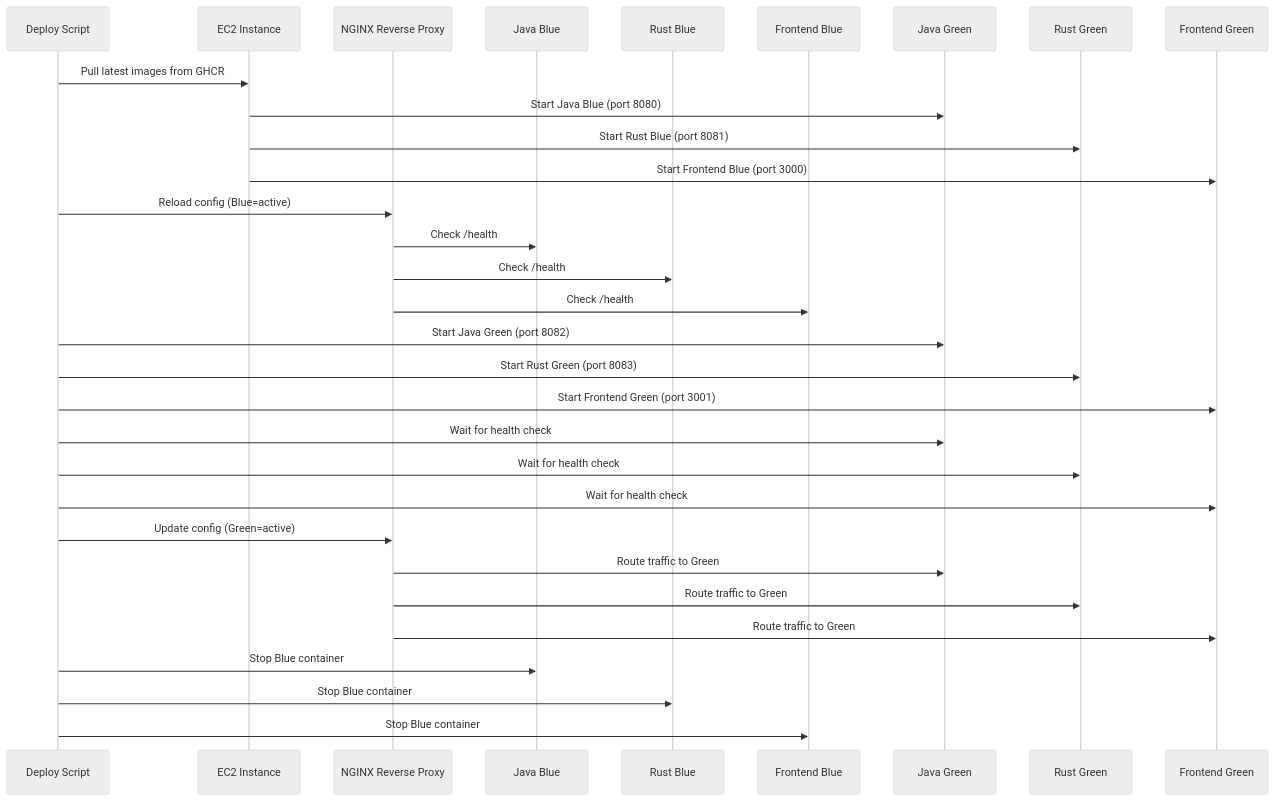
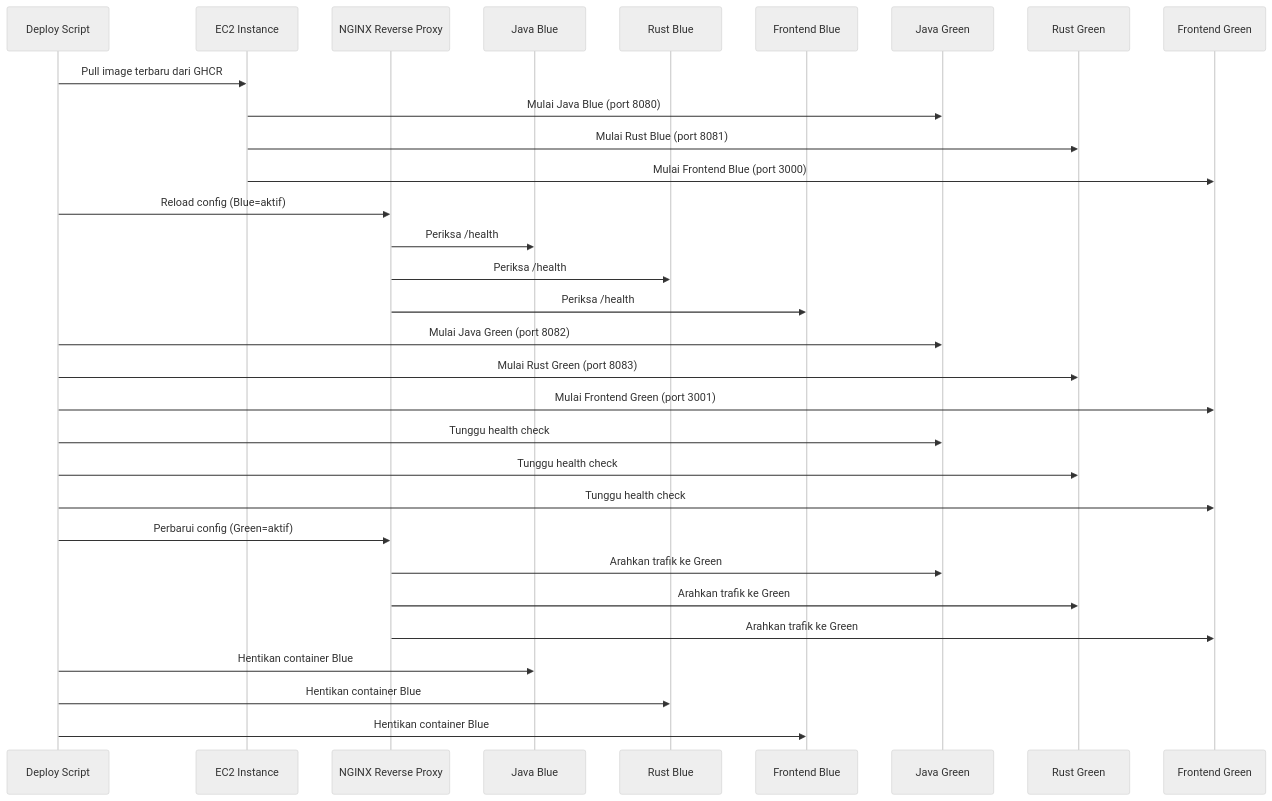
One commit to advprog-2026-A14-project/yomu-docs changed the first of 2 diagrams in content/docs/architecture/deployment.mdx. Above: the diagram before and after it, drawn with Mermaid (neutral theme). The commit also changed other lines of this file and 30 other files, not shown here.

````diff
--- a/content/docs/architecture/deployment.mdx
+++ b/content/docs/architecture/deployment.mdx
@@ -66,34 +66,34 @@
 ```mermaid
 sequenceDiagram
     participant DEPLOY as Deploy Script
     participant EC2 as EC2 Instance
     participant NGINX as NGINX Reverse Proxy
     participant JAVA_B as Java Blue
     participant RUST_B as Rust Blue
     participant FE_B as Frontend Blue
     participant JAVA_G as Java Green
     participant RUST_G as Rust Green
     participant FE_G as Frontend Green
 
-    DEPLOY->>EC2: Pull latest images from GHCR
-    EC2->>JAVA_G: Start Java Blue (port 8080)
-    EC2->>RUST_G: Start Rust Blue (port 8081)
-    EC2->>FE_G: Start Frontend Blue (port 3000)
-    DEPLOY->>NGINX: Reload config (Blue=active)
-    NGINX->>JAVA_B: Check /health
-    NGINX->>RUST_B: Check /health
-    NGINX->>FE_B: Check /health
-    DEPLOY->>JAVA_G: Start Java Green (port 8082)
-    DEPLOY->>RUST_G: Start Rust Green (port 8083)
-    DEPLOY->>FE_G: Start Frontend Green (port 3001)
-    DEPLOY->>JAVA_G: Wait for health check
-    DEPLOY->>RUST_G: Wait for health check
-    DEPLOY->>FE_G: Wait for health check
-    DEPLOY->>NGINX: Update config (Green=active)
-    NGINX->>JAVA_G: Route traffic to Green
-    NGINX->>RUST_G: Route traffic to Green
-    NGINX->>FE_G: Route traffic to Green
-    DEPLOY->>JAVA_B: Stop Blue container
-    DEPLOY->>RUST_B: Stop Blue container
-    DEPLOY->>FE_B: Stop Blue container
+    DEPLOY->>EC2: Pull image terbaru dari GHCR
+    EC2->>JAVA_G: Mulai Java Blue (port 8080)
+    EC2->>RUST_G: Mulai Rust Blue (port 8081)
+    EC2->>FE_G: Mulai Frontend Blue (port 3000)
+    DEPLOY->>NGINX: Reload config (Blue=aktif)
+    NGINX->>JAVA_B: Periksa /health
+    NGINX->>RUST_B: Periksa /health
+    NGINX->>FE_B: Periksa /health
+    DEPLOY->>JAVA_G: Mulai Java Green (port 8082)
+    DEPLOY->>RUST_G: Mulai Rust Green (port 8083)
+    DEPLOY->>FE_G: Mulai Frontend Green (port 3001)
+    DEPLOY->>JAVA_G: Tunggu health check
+    DEPLOY->>RUST_G: Tunggu health check
+    DEPLOY->>FE_G: Tunggu health check
+    DEPLOY->>NGINX: Perbarui config (Green=aktif)
+    NGINX->>JAVA_G: Arahkan trafik ke Green
+    NGINX->>RUST_G: Arahkan trafik ke Green
+    NGINX->>FE_G: Arahkan trafik ke Green
+    DEPLOY->>JAVA_B: Hentikan container Blue
+    DEPLOY->>RUST_B: Hentikan container Blue
+    DEPLOY->>FE_B: Hentikan container Blue
 ```
````
